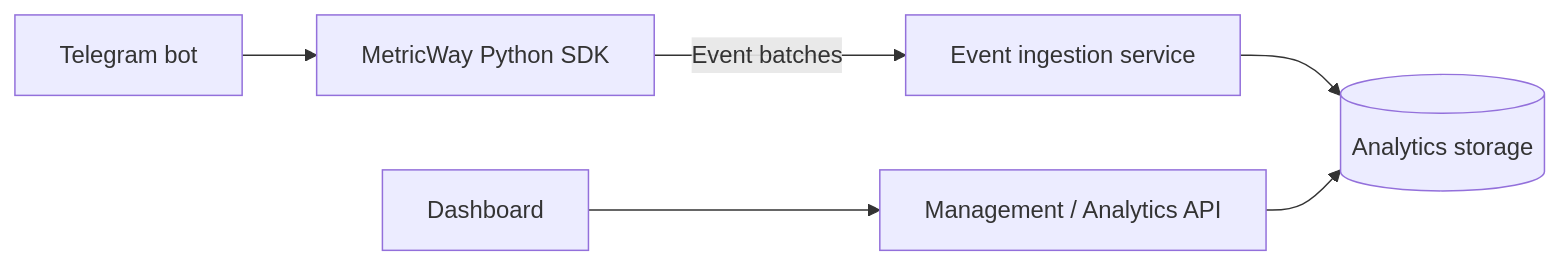
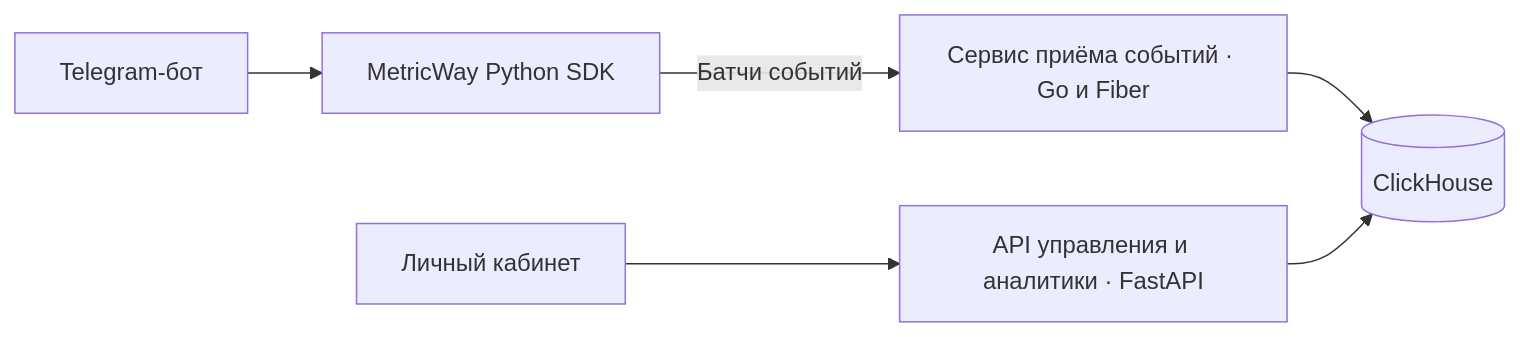
One commit to urlifeceo/metricway-architecture changed the diagram in README.md. Above: the diagram before and after it, drawn with Mermaid. The commit also changed other lines of this file, not shown here.

````diff
--- a/README.md
+++ b/README.md
@@ -9,15 +9,8 @@
 ```mermaid
 flowchart LR
-    BOT[Telegram bot]
-    SDK[MetricWay Python SDK]
-    INGEST[Event ingestion service]
-    ANALYTICS[(Analytics storage)]
-    API[Management / Analytics API]
-    UI[Dashboard]
-
-    BOT --> SDK
-    SDK -->|Event batches| INGEST
-    INGEST --> ANALYTICS
-    UI --> API
-    API --> ANALYTICS
+    BOT["Telegram-бот"] --> SDK["MetricWay Python SDK"]
+    SDK -->|Батчи событий| INGEST["Сервис приёма событий · Go и Fiber"]
+    INGEST --> DB[(ClickHouse)]
+    UI["Личный кабинет"] --> API["API управления и аналитики · FastAPI"]
+    API --> DB
 ```
````
